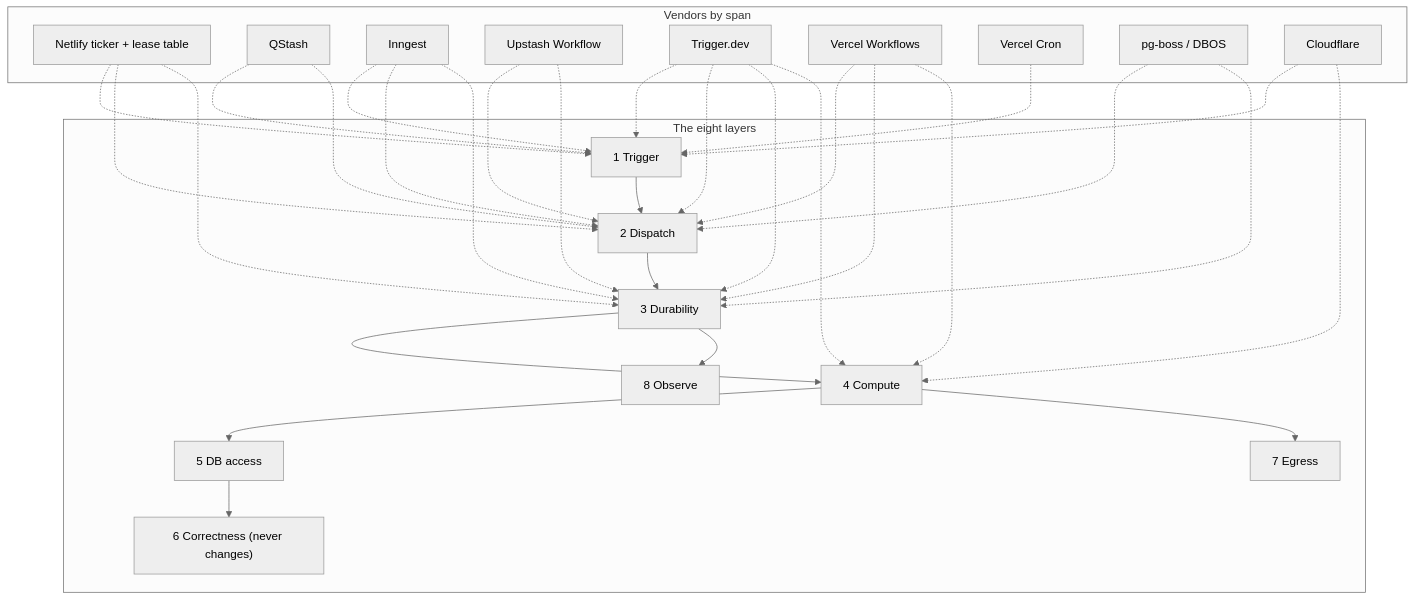
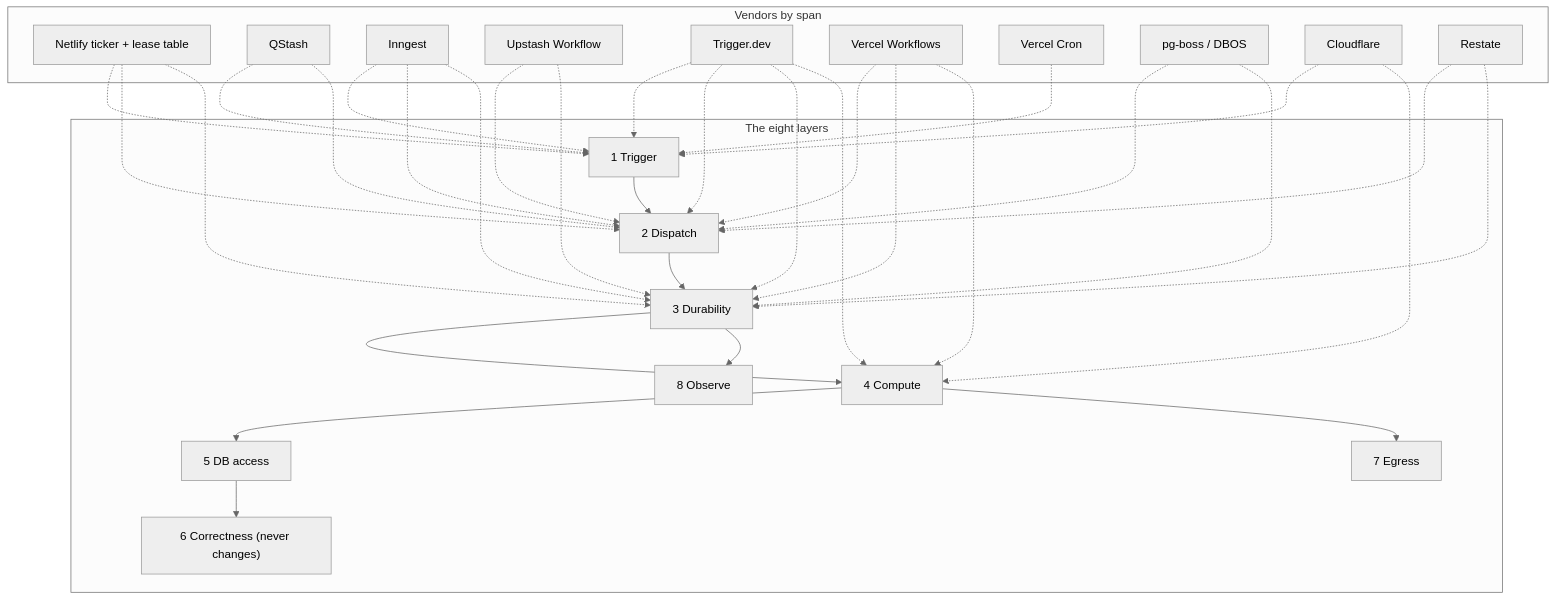
Before and after one commit to Practitionist/familiarise_web: the first of 3 diagrams in docs/maintenance/15-job-runtime-layer-matrix.md, drawn with Mermaid (neutral theme). The commit also changed other lines of this file and 9 other files, not shown here.

Commit message:
docs: add the Restate Cloud results, ranking, stack S11 and diagram

````diff
--- a/docs/maintenance/15-job-runtime-layer-matrix.md
+++ b/docs/maintenance/15-job-runtime-layer-matrix.md
@@ -66,42 +66,45 @@
 ```mermaid
 flowchart TB
   subgraph LAYERS["The eight layers"]
     L1["1 Trigger"] --> L2["2 Dispatch"] --> L3["3 Durability"] --> L4["4 Compute"] --> L5["5 DB access"]
     L5 --> L6["6 Correctness (never changes)"]
     L4 --> L7["7 Egress"]
     L3 --> L8["8 Observe"]
   end
   subgraph VENDORS["Vendors by span"]
     NT["Netlify ticker + lease table"]
     QS["QStash"]
     IG["Inngest"]
     UW["Upstash Workflow"]
     TD["Trigger.dev"]
     VW["Vercel Workflows"]
     VC["Vercel Cron"]
     PB["pg-boss / DBOS"]
     CF["Cloudflare"]
+    RT["Restate"]
   end
   NT -.-> L1
   NT -.-> L2
   NT -.-> L3
   QS -.-> L1
   QS -.-> L2
   IG -.-> L1
   IG -.-> L2
   IG -.-> L3
   UW -.-> L2
   UW -.-> L3
   TD -.-> L1
   TD -.-> L2
   TD -.-> L3
   TD -.-> L4
   VW -.-> L2
   VW -.-> L3
   VW -.-> L4
   VC -.-> L1
   PB -.-> L2
   PB -.-> L3
   CF -.-> L1
   CF -.-> L4
+  RT -.-> L2
+  RT -.-> L3
 ```
````
